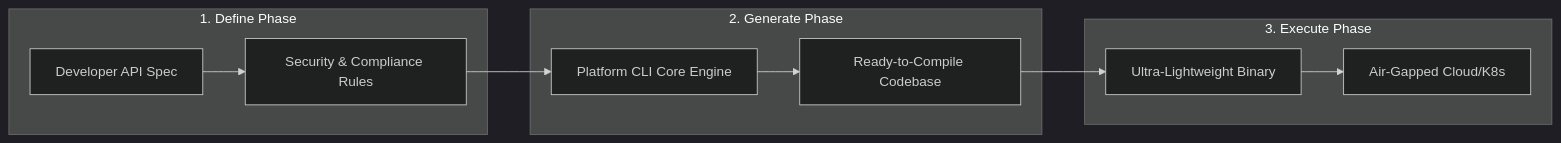
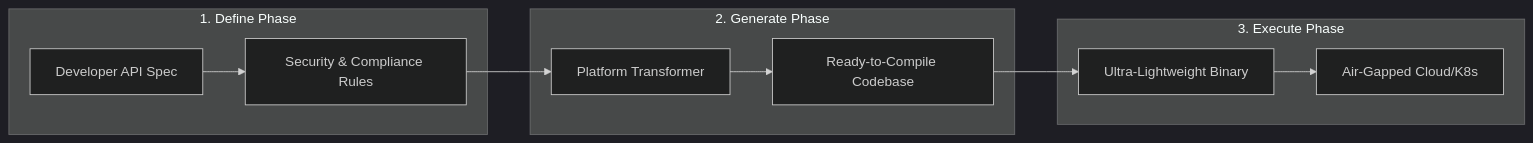
One commit to msk131/IgniteBoot changed the first of 2 diagrams in docs/overview.md. Above: the diagram before and after it, drawn with Mermaid (dark theme). The commit also changed other lines of this file and 3 other files, not shown here.

````diff
--- a/docs/overview.md
+++ b/docs/overview.md
@@ -7,14 +10,14 @@
 ```mermaid
 graph LR
 	subgraph 1. Define Phase
 		A[Developer API Spec] --> B[Security & Compliance Rules]
 	end
 	subgraph 2. Generate Phase
-		B --> C[Platform CLI Core Engine]
+		B --> C[Platform Transformer]
 		C --> D[Ready-to-Compile Codebase]
 	end
 	subgraph 3. Execute Phase
 		D --> E[Ultra-Lightweight Binary]
 		E --> F[Air-Gapped Cloud/K8s]
 	end
 ```
````
